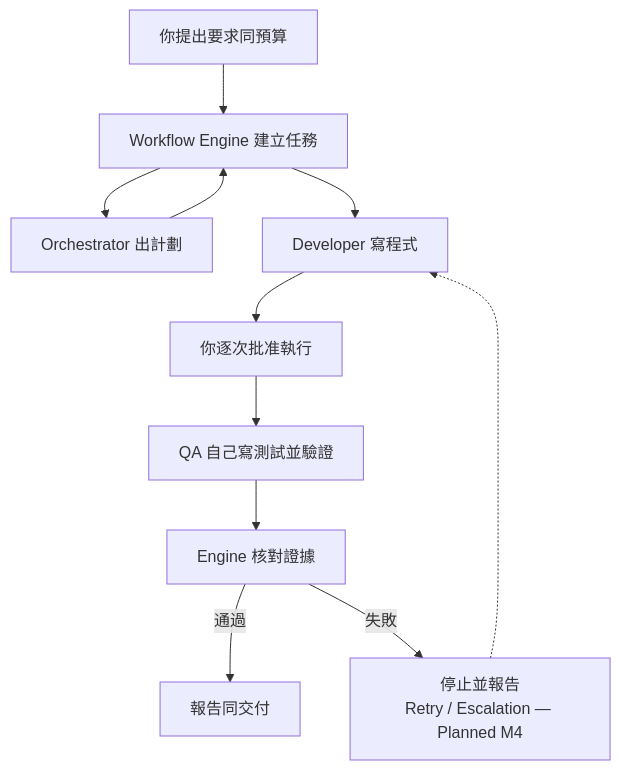
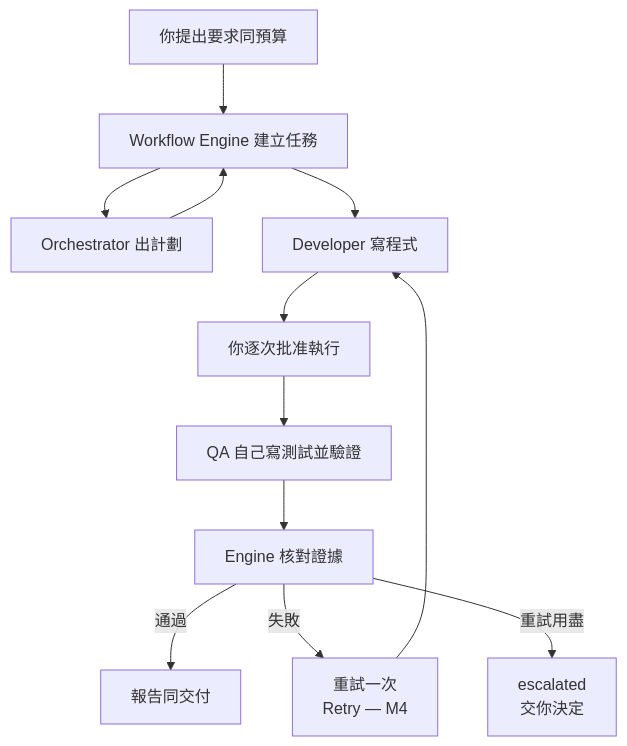
The diagram in README.md (yun07/AIEngineeringTeam), drawn with Mermaid before and after one commit. The commit also changed other lines of this file and 5 other files, not shown here.

````diff
--- a/README.md
+++ b/README.md
@@ -59,13 +65,14 @@
 ```mermaid
 flowchart TD
     A[你提出要求同預算] --> B[Workflow Engine 建立任務]
     B --> C[Orchestrator 出計劃]
     C --> B
     B --> D[Developer 寫程式]
     D --> E[你逐次批准執行]
     E --> F[QA 自己寫測試並驗證]
     F --> G[Engine 核對證據]
     G -->|通過| H[報告同交付]
-    G -->|失敗| I[停止並報告<br/>Retry / Escalation — Planned M4]
-    I -.-> D
+    G -->|失敗| I[重試一次<br/>Retry — M4]
+    I --> D
+    G -->|重試用盡| J[escalated<br/>交你決定]
 ```
````
